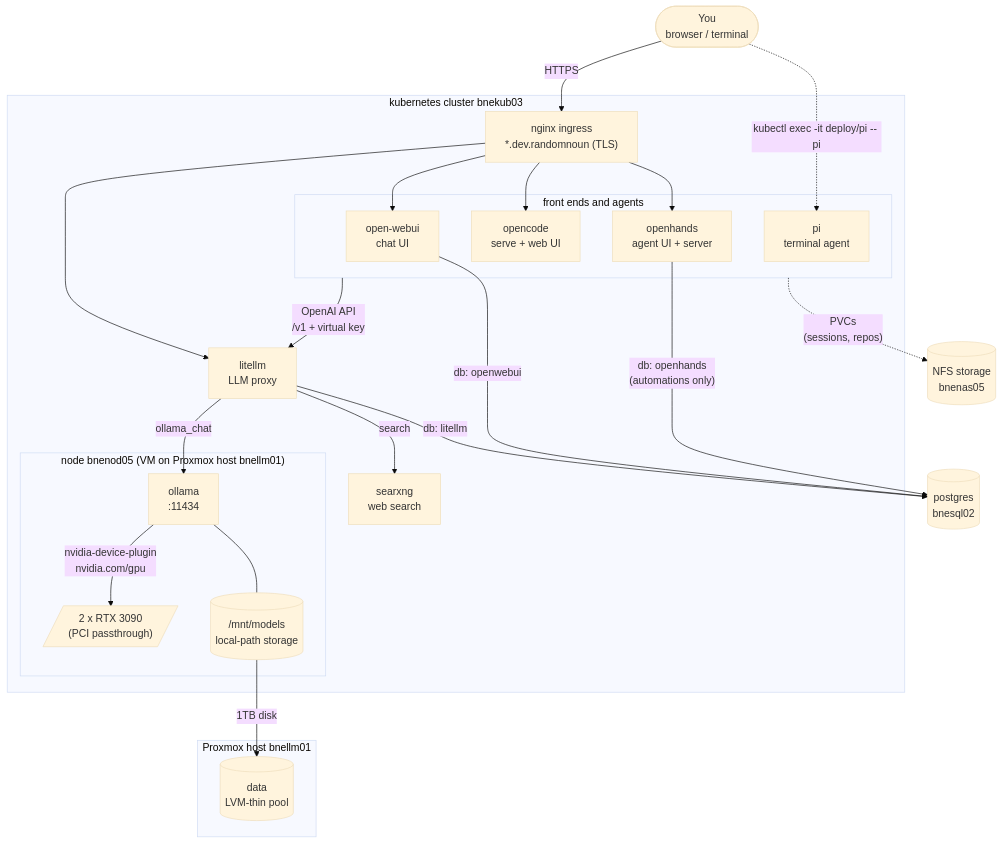
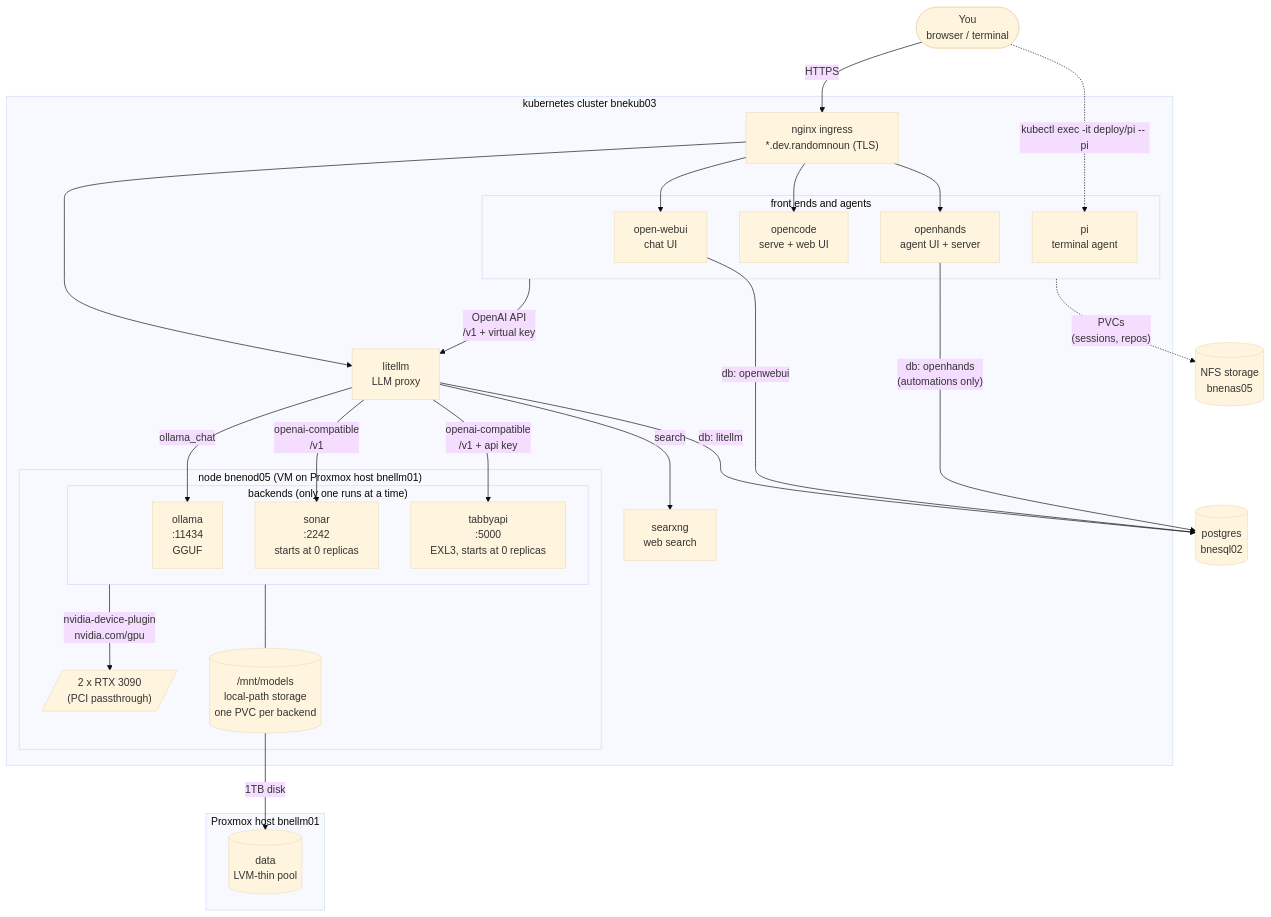
The diagram in setup/SETUP-LLM.md (randomnoun/bookcase-ops), drawn with Mermaid (base theme) before and after one commit. The commit also changed other lines of this file, not shown here.

Commit message:
docs for sonar and tabbyapi

````diff
--- a/setup/SETUP-LLM.md
+++ b/setup/SETUP-LLM.md
@@ -5,52 +7,58 @@
 ```mermaid
 flowchart TB
     user(["You<br/>browser / terminal"])
 
     subgraph k8s ["kubernetes cluster bnekub03"]
         ingress["nginx ingress<br/>*.dev.randomnoun (TLS)"]
 
         subgraph agents ["front ends and agents"]
             openwebui["open-webui<br/>chat UI"]
             opencode["opencode<br/>serve + web UI"]
             openhands["openhands<br/>agent UI + server"]
             pi["pi<br/>terminal agent"]
         end
 
         litellm["litellm<br/>LLM proxy"]
         searxng["searxng<br/>web search"]
 
         subgraph bnenod05 ["node bnenod05 (VM on Proxmox host bnellm01)"]
-            ollama["ollama<br/>:11434"]
+            subgraph backends ["backends (only one runs at a time)"]
+                ollama["ollama<br/>:11434<br/>GGUF"]
+                sonar["sonar<br/>:2242<br/>starts at 0 replicas"]
+                tabbyapi["tabbyapi<br/>:5000<br/>EXL3, starts at 0 replicas"]
+            end
             gpus[/"2 x RTX 3090<br/>(PCI passthrough)"/]
-            models[("/mnt/models<br/>local-path storage")]
+            models[("/mnt/models<br/>local-path storage<br/>one PVC per backend")]
         end
     end
 
     subgraph bnellm01 ["Proxmox host bnellm01"]
         thin[("data<br/>LVM-thin pool")]
     end
 
     pg[("postgres<br/>bnesql02")]
     nfs[("NFS storage<br/>bnenas05")]
 
     user -->|HTTPS| ingress
     user -.->|"kubectl exec -it deploy/pi -- pi"| pi
 
     ingress --> openwebui
     ingress --> opencode
     ingress --> openhands
     ingress --> litellm
 
     agents -->|"OpenAI API<br/>/v1 + virtual key"| litellm
     litellm -->|"ollama_chat"| ollama
+    litellm -->|"openai-compatible<br/>/v1"| sonar
+    litellm -->|"openai-compatible<br/>/v1 + api key"| tabbyapi
     litellm -->|"search"| searxng
-    ollama -->|"nvidia-device-plugin<br/>nvidia.com/gpu"| gpus
-    ollama --- models
+    backends -->|"nvidia-device-plugin<br/>nvidia.com/gpu"| gpus
+    backends --- models
     models -->|"1TB disk"| thin
 
     litellm -->|"db: litellm"| pg
     openwebui -->|"db: openwebui"| pg
     openhands -->|"db: openhands<br/>(automations only)"| pg
 
     agents -.->|"PVCs<br/>(sessions, repos)"| nfs
 ```
````
